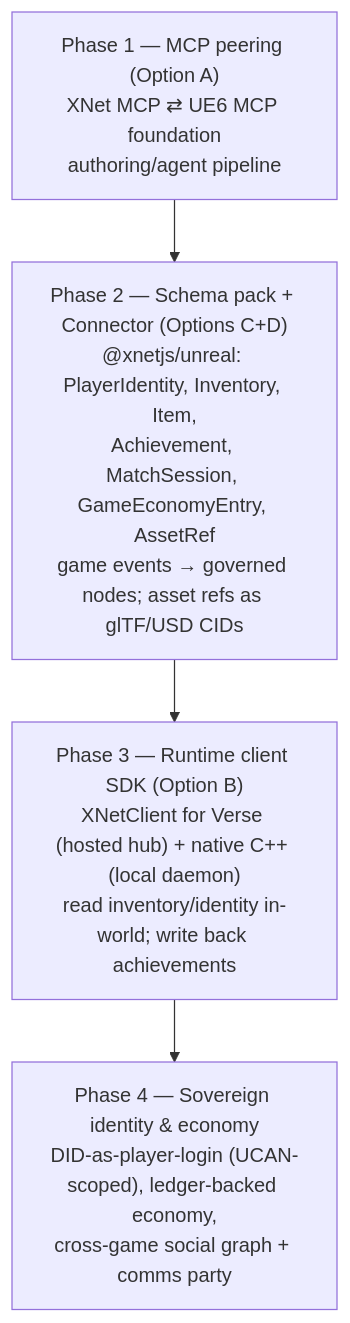
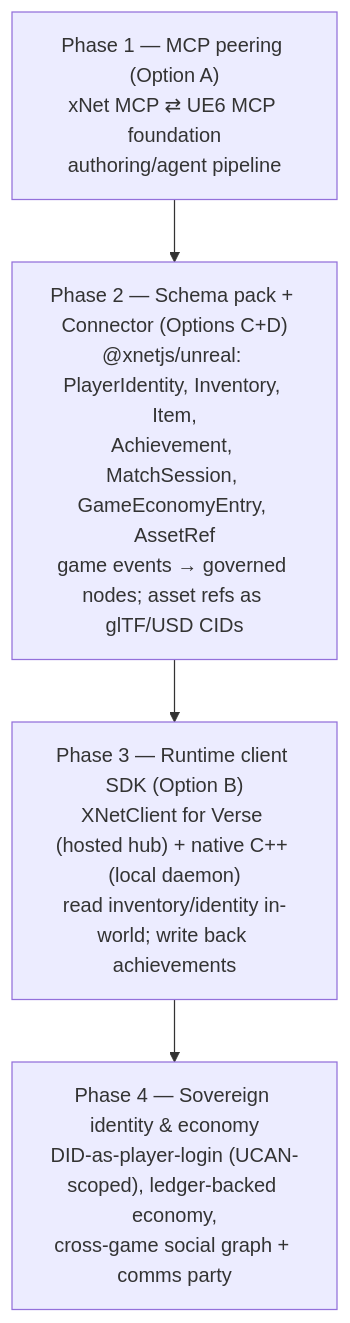
One commit to crs48/xNet changed the second of 4 diagrams in docs/explorations/0200_[_]_UNREAL_ENGINE_6_INTEROP_BRIDGE.md. Above: the diagram before and after it, drawn with Mermaid. The commit also changed other lines of this file and 32 other files, not shown here.

````diff
--- a/docs/explorations/0200_[_]_UNREAL_ENGINE_6_INTEROP_BRIDGE.md
+++ b/docs/explorations/0200_[_]_UNREAL_ENGINE_6_INTEROP_BRIDGE.md
@@ -389,8 +389,8 @@
 ```mermaid
 flowchart TD
-  P1["Phase 1 — MCP peering (Option A)<br/>XNet MCP ⇄ UE6 MCP foundation<br/>authoring/agent pipeline"]
+  P1["Phase 1 — MCP peering (Option A)<br/>xNet MCP ⇄ UE6 MCP foundation<br/>authoring/agent pipeline"]
   P2["Phase 2 — Schema pack + Connector (Options C+D)<br/>@xnetjs/unreal: PlayerIdentity, Inventory, Item,<br/>Achievement, MatchSession, GameEconomyEntry, AssetRef<br/>game events → governed nodes; asset refs as glTF/USD CIDs"]
   P3["Phase 3 — Runtime client SDK (Option B)<br/>XNetClient for Verse (hosted hub) + native C++ (local daemon)<br/>read inventory/identity in-world; write back achievements"]
   P4["Phase 4 — Sovereign identity & economy<br/>DID-as-player-login (UCAN-scoped), ledger-backed economy,<br/>cross-game social graph + comms party"]
   P1 --> P2 --> P3 --> P4
 ```
````
